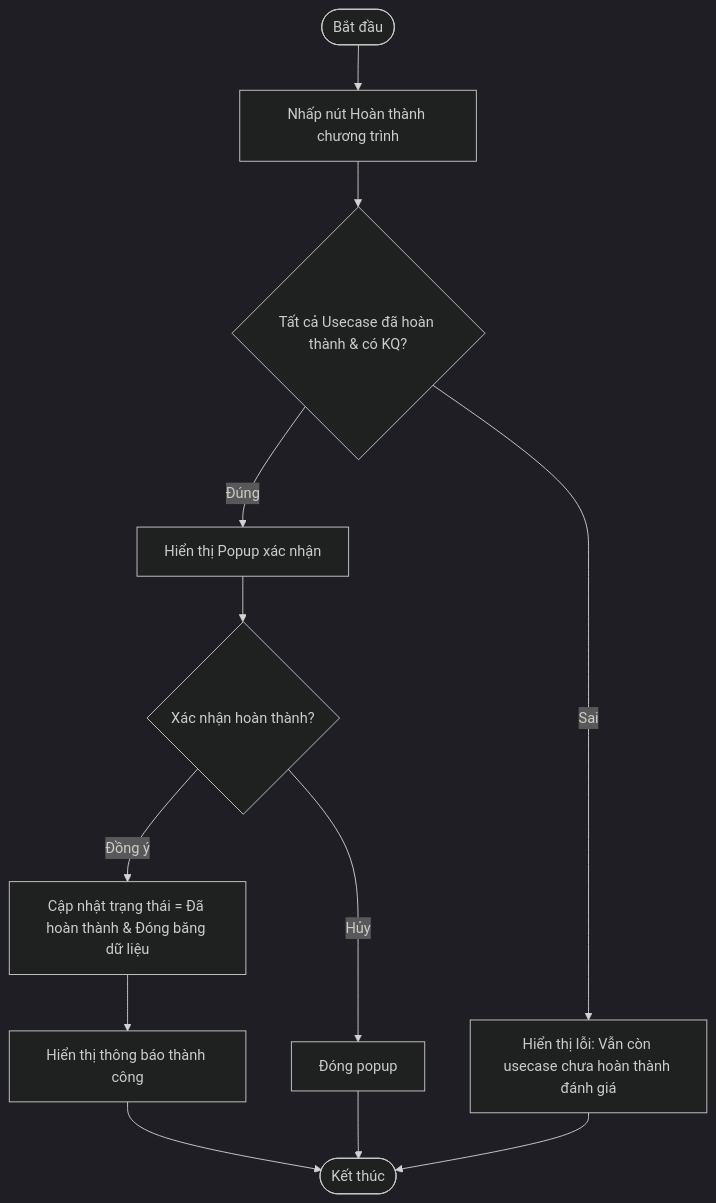
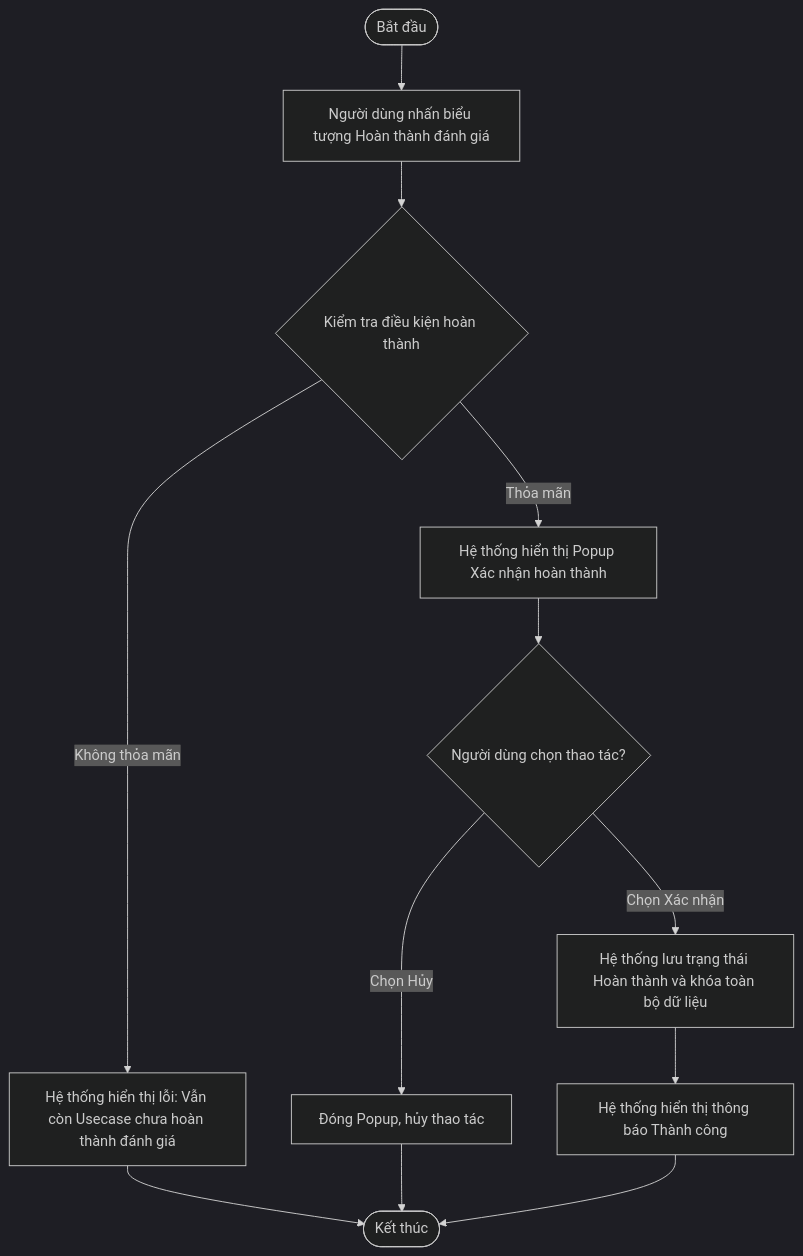
One commit to minhanh2002/ISAAP changed the diagram in SRS/SRS_HOAN_THANH_CHUONG_TRINH.md. Above: the diagram before and after it, drawn with Mermaid (dark theme). The commit also changed other lines of this file and 16 other files, not shown here.

````diff
--- a/SRS/SRS_HOAN_THANH_CHUONG_TRINH.md
+++ b/SRS/SRS_HOAN_THANH_CHUONG_TRINH.md
@@ -19,14 +52,18 @@
 ```mermaid
 graph TD
-    Start([Bắt đầu]) --> RequestComplete[Nhấp nút Hoàn thành chương trình]
-    RequestComplete --> CheckAllDone{Tất cả Usecase đã hoàn thành & có KQ?}
-    CheckAllDone -- Đúng --> ShowPopup[Hiển thị Popup xác nhận]
-    ShowPopup --> Confirm{Xác nhận hoàn thành?}
-    Confirm -- Đồng ý --> UpdateStatus[Cập nhật trạng thái = Đã hoàn thành & Đóng băng dữ liệu]
-    UpdateStatus --> Success[Hiển thị thông báo thành công]
-    Confirm -- Hủy --> ClosePopup[Đóng popup]
-    CheckAllDone -- Sai --> Error[Hiển thị lỗi: Vẫn còn usecase chưa hoàn thành đánh giá]
-    Success --> End([Kết thúc])
+    Start([Bắt đầu]) --> ClickComplete[Người dùng nhấn biểu tượng Hoàn thành đánh giá]
+    ClickComplete --> CheckConditions{Kiểm tra điều kiện hoàn thành}
+    
+    CheckConditions -- Không thỏa mãn --> ShowError[Hệ thống hiển thị lỗi: Vẫn còn Usecase chưa hoàn thành đánh giá]
+    ShowError --> End([Kết thúc])
+    
+    CheckConditions -- Thỏa mãn --> ShowConfirm[Hệ thống hiển thị Popup Xác nhận hoàn thành]
+    ShowConfirm --> UserConfirm{Người dùng chọn thao tác?}
+    
+    UserConfirm -- Chọn Hủy --> ClosePopup[Đóng Popup, hủy thao tác]
     ClosePopup --> End
-    Error --> End
+    
+    UserConfirm -- Chọn Xác nhận --> UpdateStatus[Hệ thống lưu trạng thái Hoàn thành và khóa toàn bộ dữ liệu]
+    UpdateStatus --> ShowSuccess[Hệ thống hiển thị thông báo Thành công]
+    ShowSuccess --> End
 ```
````
